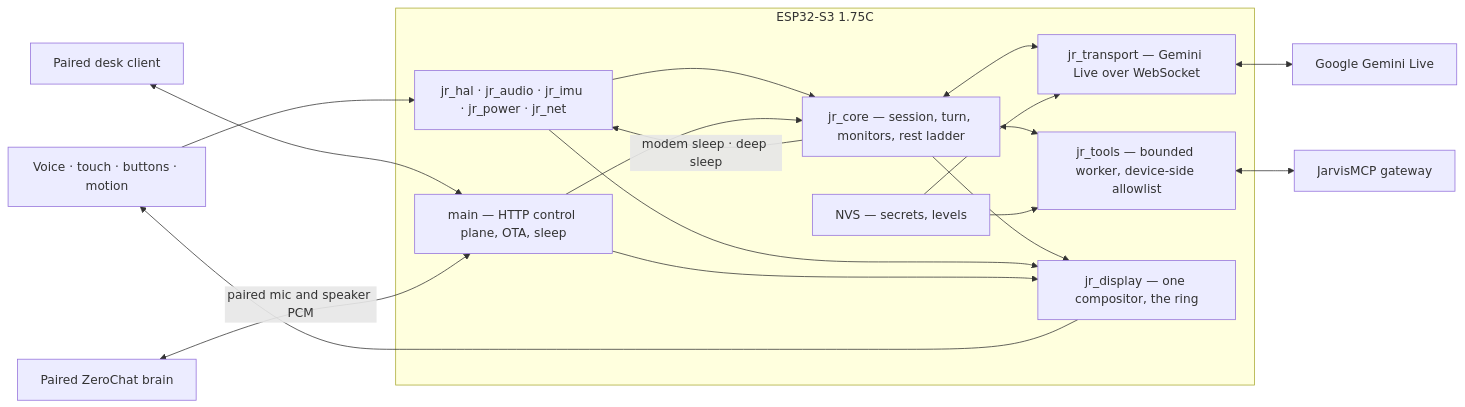
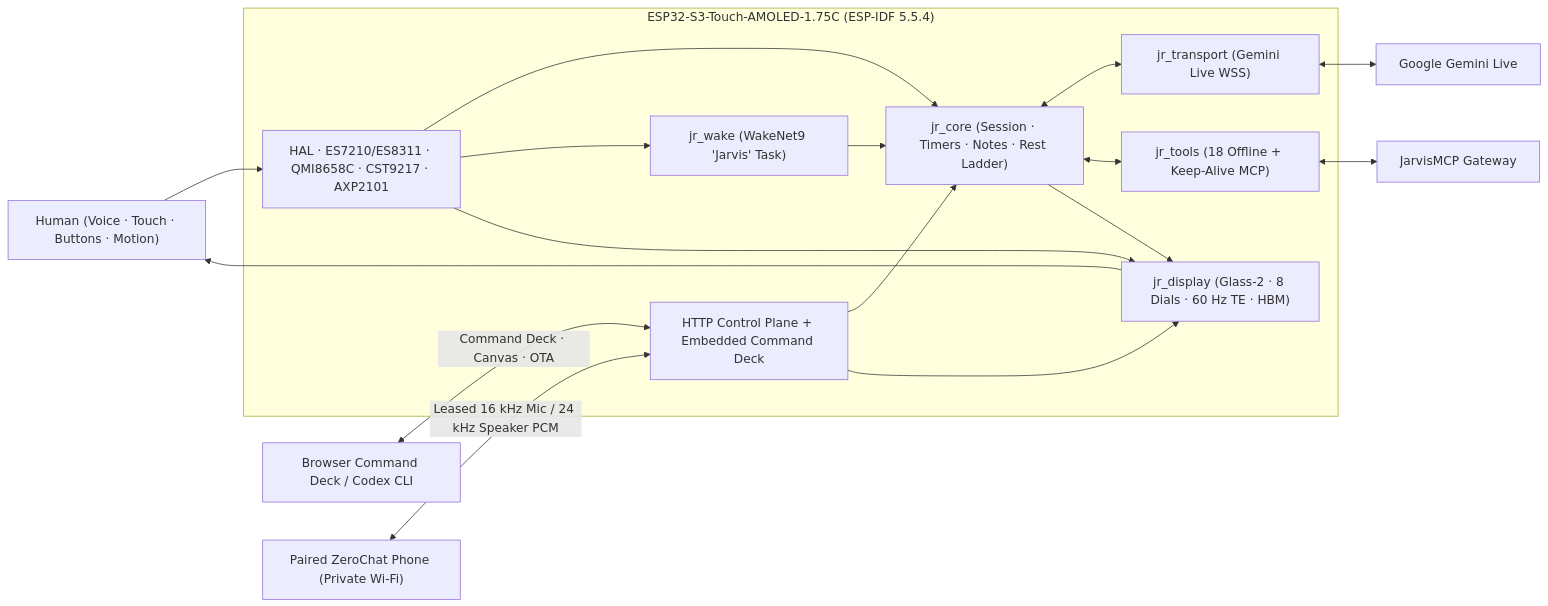
Before and after one commit to PascalAI2024/JarvisNano: the first of 3 diagrams in README.md, drawn with Mermaid. The commit also changed other lines of this file and 27 other files, not shown here.

Commit message:
feat(wave3): luminous OLED overhaul, paired Codex Canvas Studio, 32KB PSRAM MCP JSON projector, and open-source README/docs refresh

````diff
--- a/README.md
+++ b/README.md
@@ -130,32 +86,30 @@
 ```mermaid
 flowchart LR
-    Human[Voice · touch · buttons · motion]
+    Human["Human (Voice · Touch · Buttons · Motion)"]
 
-    subgraph Device[ESP32-S3 1.75C]
-        HAL[jr_hal · jr_audio · jr_imu · jr_power · jr_net]
-        Core[jr_core — session, turn, monitors, rest ladder]
-        Voice[jr_transport — Gemini Live over WebSocket]
-        Tools[jr_tools — bounded worker, device-side allowlist]
-        Glass[jr_display — one compositor, the ring]
-        HTTP[main — HTTP control plane, OTA, sleep]
-        NVS[NVS — secrets, levels]
+    subgraph Device["ESP32-S3-Touch-AMOLED-1.75C (ESP-IDF 5.5.4)"]
+        Sensors["HAL · ES7210/ES8311 · QMI8658C · CST9217 · AXP2101"]
+        Core["jr_core (Session · Timers · Notes · Rest Ladder)"]
+        Wake["jr_wake (WakeNet9 'Jarvis' Task)"]
+        Transport["jr_transport (Gemini Live WSS)"]
+        Tools["jr_tools (18 Offline + Keep-Alive MCP)"]
+        Glass["jr_display (Glass-2 · 8 Dials · 60 Hz TE · HBM)"]
+        HTTP["HTTP Control Plane + Embedded Command Deck"]
     end
 
-    Gemini[Google Gemini Live]
-    MCP[JarvisMCP gateway]
-    Operator[Paired desk client]
-    ZeroChat[Paired ZeroChat brain]
+    Gemini["Google Gemini Live"]
+    MCP["JarvisMCP Gateway"]
+    Deck["Browser Command Deck / Codex CLI"]
+    ZeroChat["Paired ZeroChat Phone (Private Wi-Fi)"]
 
-    Human --> HAL --> Core
-    Core <--> Voice <--> Gemini
+    Human --> Sensors --> Core
+    Sensors --> Wake --> Core
+    Core <--> Transport <--> Gemini
     Core <--> Tools <--> MCP
     Core --> Glass --> Human
-    HAL --> Glass
-    Core -->|modem sleep · deep sleep| HAL
-    NVS --> Voice
-    NVS --> Tools
-    Operator <--> HTTP
-    ZeroChat <-->|paired mic and speaker PCM| HTTP
+    Sensors --> Glass
+    Deck <-->|"Command Deck · Canvas · OTA"| HTTP
+    ZeroChat <-->|"Leased 16 kHz Mic / 24 kHz Speaker PCM"| HTTP
     HTTP --> Core
     HTTP --> Glass
 ```
````
